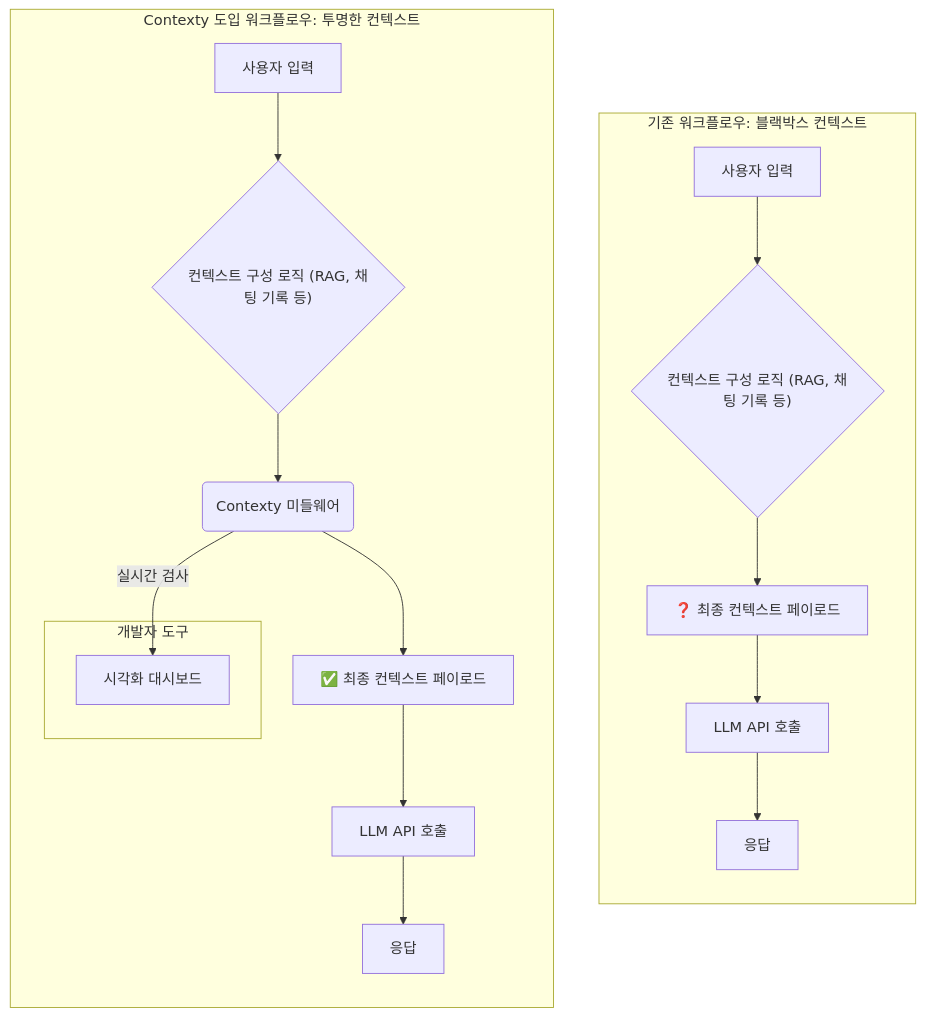
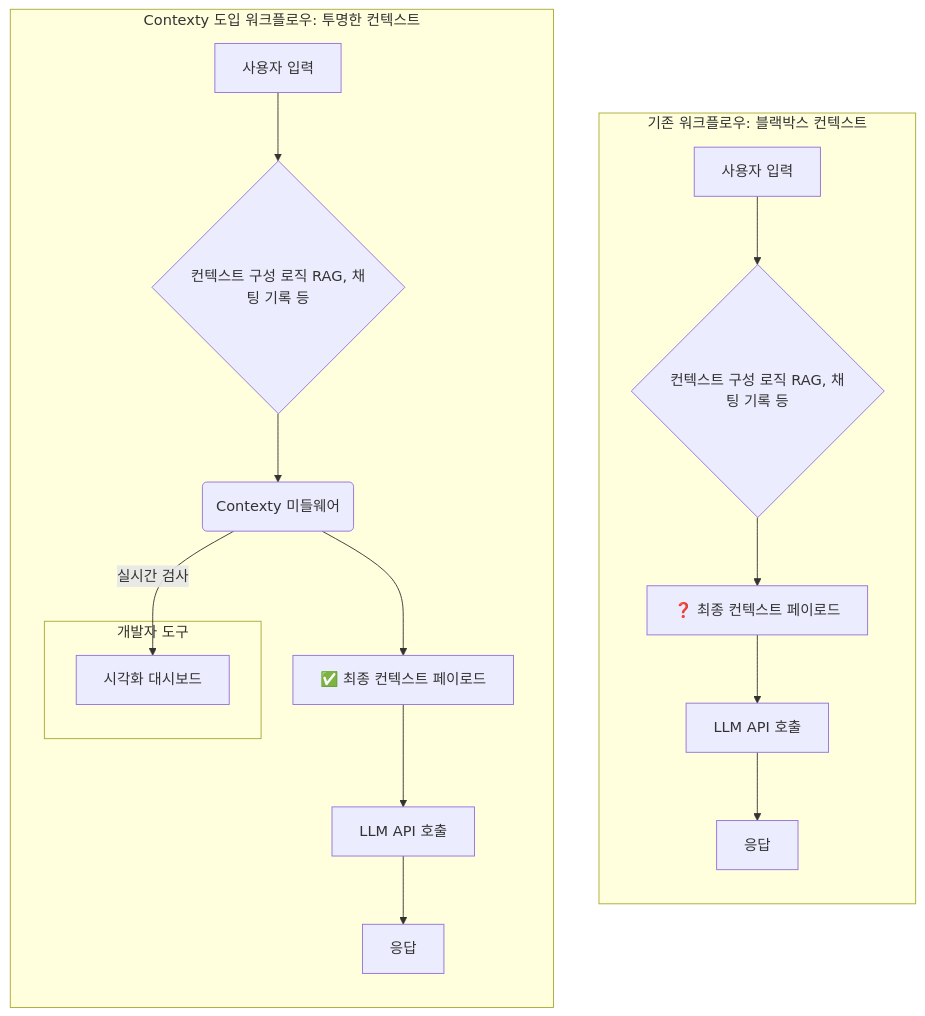
One commit to Mino777/ai-study changed the diagram in content/context-engineering/contexty-llm-context-blackbox-developer-visualization-contro.mdx. Above: the diagram before and after it, drawn with Mermaid. The commit also changed 30 other files, not shown here.

First line of the commit message:
fix: Mermaid 렌더링 에러 42건 수정 + mermaid-fix.mjs 규칙 4개 추가

````diff
--- a/content/context-engineering/contexty-llm-context-blackbox-developer-visualization-contro.mdx
+++ b/content/context-engineering/contexty-llm-context-blackbox-developer-visualization-contro.mdx
@@ -54,23 +54,23 @@
 ```mermaid
 graph TD
     subgraph traditional ["기존 워크플로우: 블랙박스 컨텍스트"]
         direction TB
-        A[사용자 입력] --> B{"컨텍스트 구성 로직 (RAG, 채팅 기록 등)"};
+        A[사용자 입력] --> B{"컨텍스트 구성 로직 RAG, 채팅 기록 등"};
         B --> C["❓ 최종 컨텍스트 페이로드"];
         C --> D[LLM API 호출];
         D --> E[응답];
     end
 
     subgraph contexty_enabled ["Contexty 도입 워크플로우: 투명한 컨텍스트"]
         direction TB
-        F[사용자 입력] --> G{"컨텍스트 구성 로직 (RAG, 채팅 기록 등)"};
+        F[사용자 입력] --> G{"컨텍스트 구성 로직 RAG, 채팅 기록 등"};
         G --> H(Contexty 미들웨어);
         H --> I["✅ 최종 컨텍스트 페이로드"];
         I --> J[LLM API 호출];
         J --> K[응답];
         subgraph dev_tools ["개발자 도구"]
             L[시각화 대시보드]
         end
         H -- 실시간 검사 --> L;
     end
 ```
````
